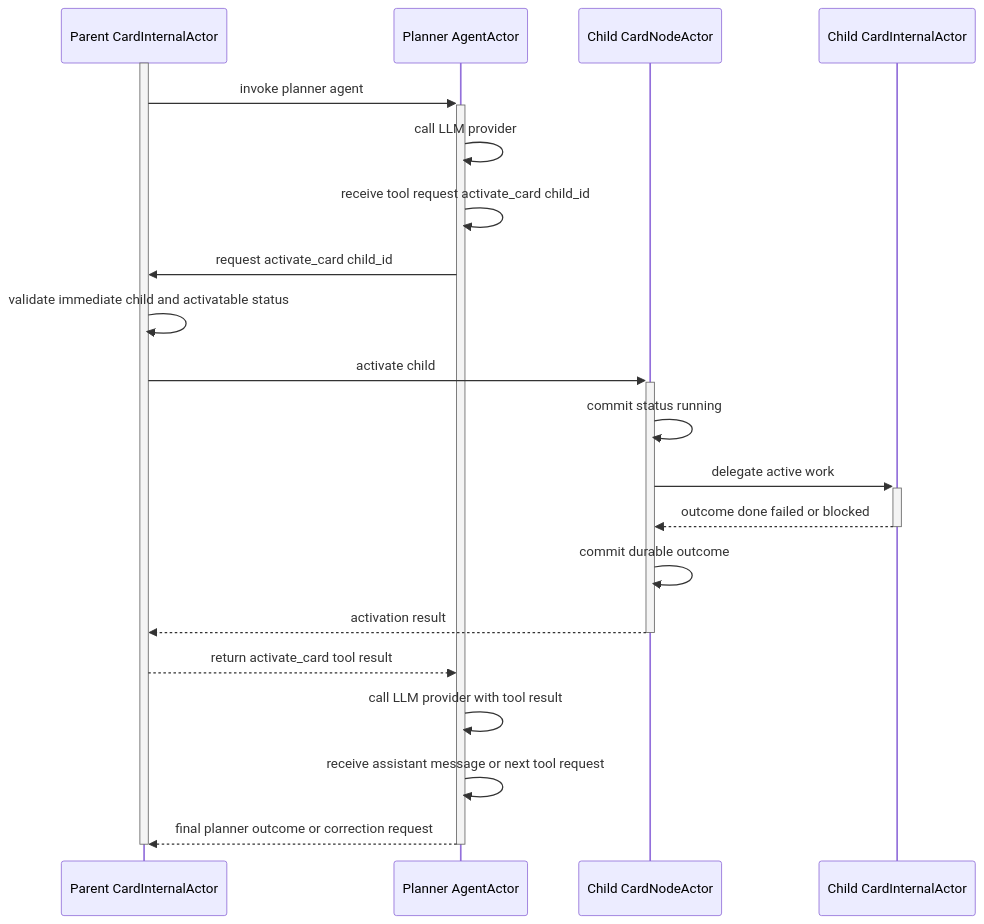
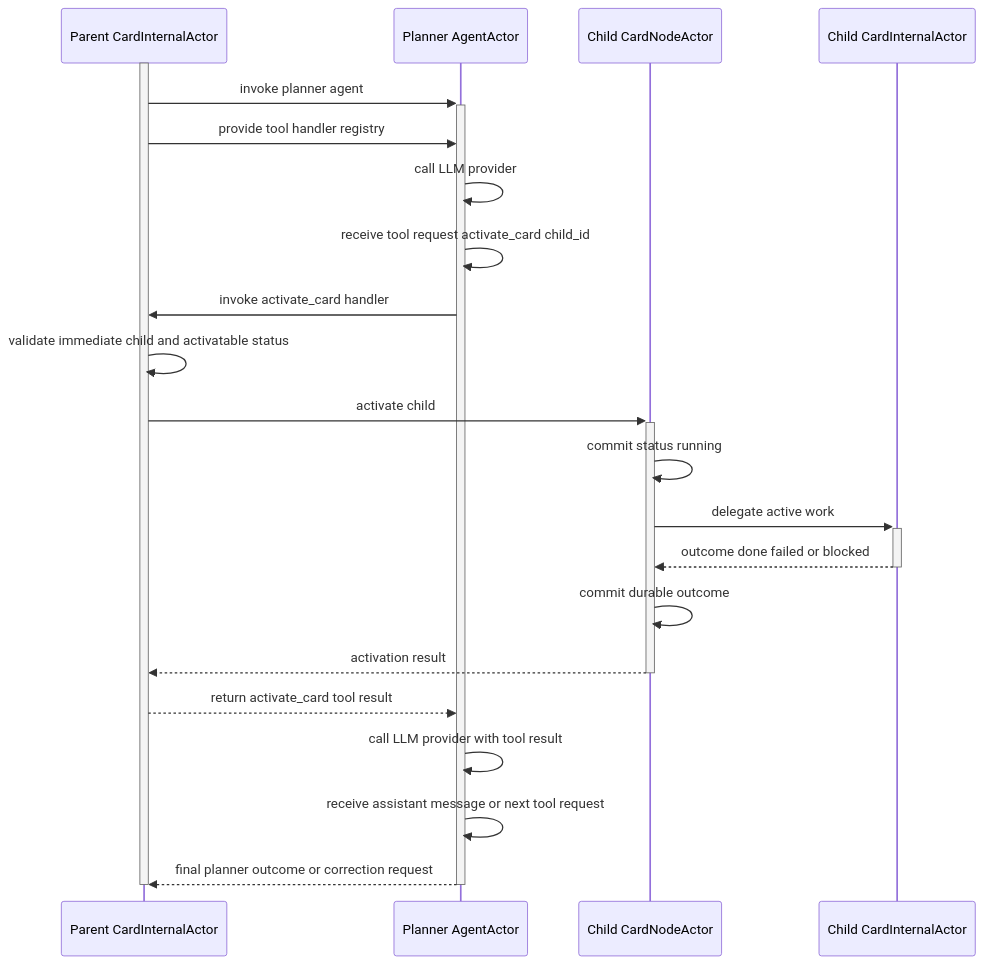
One commit to salva/saivage-v3 changed the second of 2 diagrams in docs/architecture/xstate-runtime-core.md. Above: the diagram before and after it, drawn with Mermaid. The commit also changed other lines of this file and 1 other file, not shown here.

Commit message:
docs: model agent tool handler registry

````diff
--- a/docs/architecture/xstate-runtime-core.md
+++ b/docs/architecture/xstate-runtime-core.md
@@ -126,25 +126,26 @@
 ```mermaid
 sequenceDiagram
   participant ParentInternal as Parent CardInternalActor
   participant PlannerAgent as Planner AgentActor
   participant ChildNode as Child CardNodeActor
   participant ChildInternal as Child CardInternalActor
 
   activate ParentInternal
   ParentInternal->>+PlannerAgent: invoke planner agent
+  ParentInternal->>PlannerAgent: provide tool handler registry
   PlannerAgent->>PlannerAgent: call LLM provider
   PlannerAgent->>PlannerAgent: receive tool request activate_card child_id
-  PlannerAgent->>ParentInternal: request activate_card child_id
+  PlannerAgent->>ParentInternal: invoke activate_card handler
   ParentInternal->>ParentInternal: validate immediate child and activatable status
   ParentInternal->>+ChildNode: activate child
   ChildNode->>ChildNode: commit status running
   ChildNode->>+ChildInternal: delegate active work
   ChildInternal-->>-ChildNode: outcome done failed or blocked
   ChildNode->>ChildNode: commit durable outcome
   ChildNode-->>-ParentInternal: activation result
   ParentInternal-->>PlannerAgent: return activate_card tool result
   PlannerAgent->>PlannerAgent: call LLM provider with tool result
   PlannerAgent->>PlannerAgent: receive assistant message or next tool request
   PlannerAgent-->>-ParentInternal: final planner outcome or correction request
   deactivate ParentInternal
 ```
````
